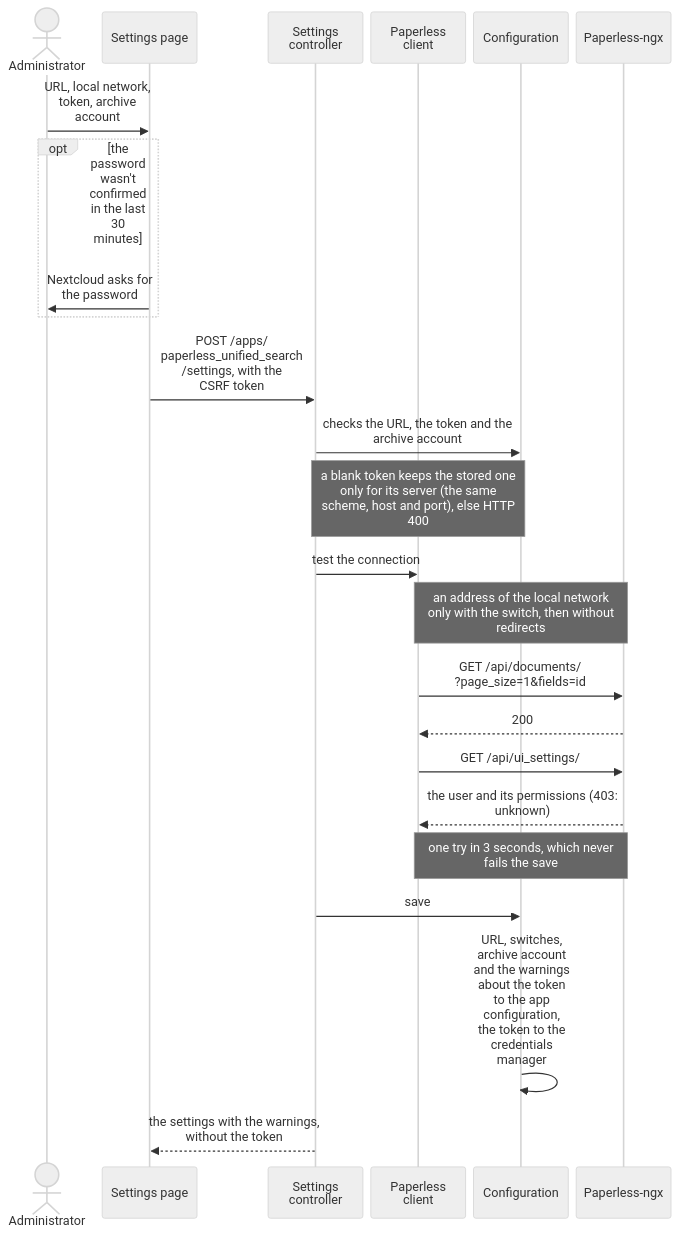
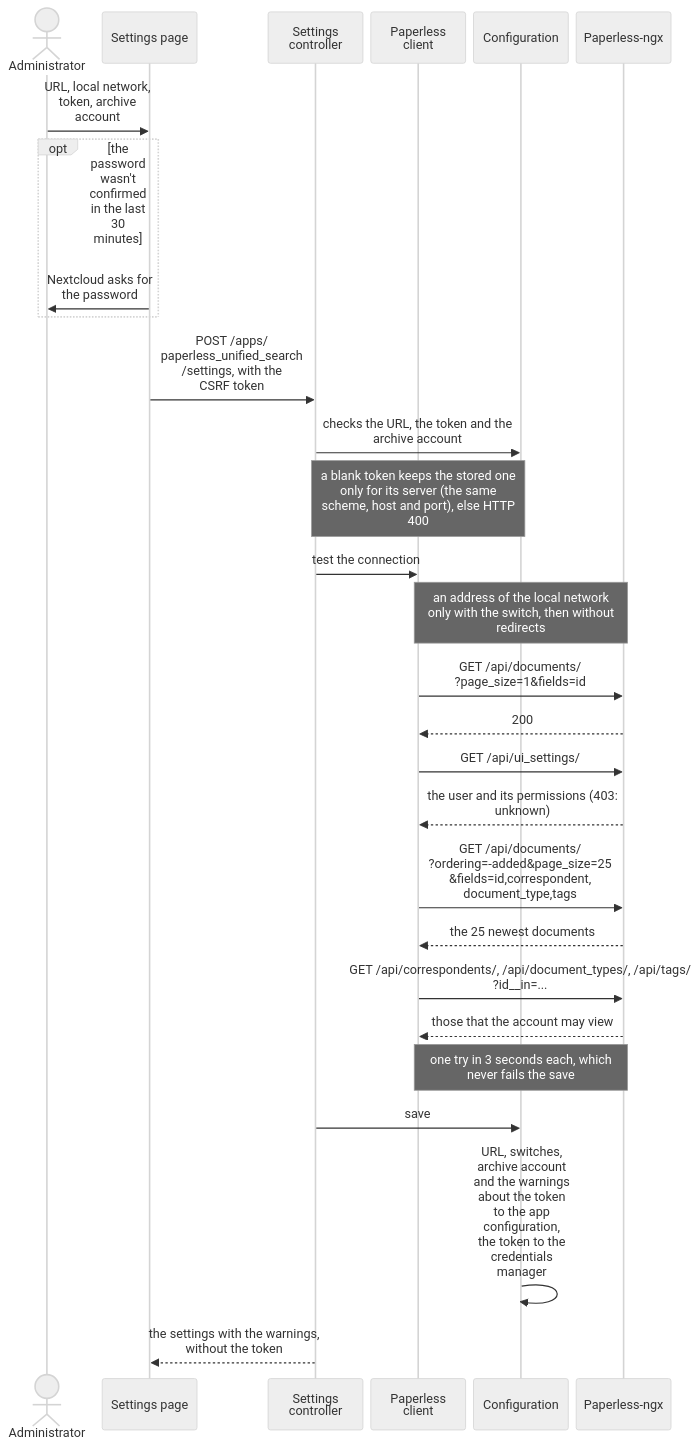
Before and after one commit to Dennis-Otto/paperless-unified-search: the diagram in docs/diagrams/saving-the-settings.mmd, drawn with Mermaid (neutral theme). The commit also changed 41 other files, not shown here.

First line of the commit message:
fix(settings): warn when the search account can't see correspondents or types of another owner (#273)

```diff
--- a/docs/diagrams/saving-the-settings.mmd
+++ b/docs/diagrams/saving-the-settings.mmd
@@ -1,34 +1,38 @@
 ---
 config:
   sequence:
     wrap: true
     width: 120
     actorMargin: 10
 ---
 sequenceDiagram
     accTitle: Saving the settings
-    accDescr: The administrator enters the URL, whether Paperless runs in the local network, the token and the archive account. When the password wasn't confirmed in the last 30 minutes, Nextcloud asks for it first. The settings page sends them with the CSRF token to the settings controller, which checks the URL, the token and the archive account: a blank token keeps the stored one only for its server, the same scheme, host and port, and otherwise the answer is HTTP 400. Then the controller has the Paperless client test the connection with a request to Paperless-ngx, which Nextcloud lets reach an address of the local network only with the switch, and then without redirects. Only when Paperless answers does the client also ask /api/ui_settings/ what the account of the token may do, with one try in 3 seconds that never fails the save; Paperless refuses it with HTTP 403 to an account that may not view its UI settings, which leaves the warnings unknown. Then the configuration saves the URL, the switches, the archive account and the warnings about the token in the app configuration and the token in the credentials manager. The page gets the settings back with the warnings, without the token.
+    accDescr: The administrator enters the URL, whether Paperless runs in the local network, the token and the archive account. When the password wasn't confirmed in the last 30 minutes, Nextcloud asks for it first. The settings page sends them with the CSRF token to the settings controller, which checks the URL, the token and the archive account: a blank token keeps the stored one only for its server, the same scheme, host and port, and otherwise the answer is HTTP 400. Then the controller has the Paperless client test the connection with a request to Paperless-ngx, which Nextcloud lets reach an address of the local network only with the switch, and then without redirects. Only when Paperless answers does the client also ask /api/ui_settings/ what the account of the token may do, with one try in 3 seconds that never fails the save; Paperless refuses it with HTTP 403 to an account that may not view its UI settings, which leaves the warnings unknown. Of an account that isn't a superuser and may view documents, it then asks for the 25 newest documents and for the lists of their correspondents, types and tags, under the same terms, for the warning about those that another user owns. Then the configuration saves the URL, the switches, the archive account and the warnings about the token in the app configuration and the token in the credentials manager. The page gets the settings back with the warnings, without the token.
 
     actor Admin as Administrator
     participant Page as Settings page
     participant Controller as Settings controller
     participant Client as Paperless client
     participant Config as Configuration
     participant Paperless as Paperless-ngx
     Admin->>Page: URL, local network, token, archive account
     opt the password wasn't confirmed in the last 30 minutes
         Page->>Admin: Nextcloud asks for the password
     end
     Page->>Controller: POST /apps/<br>paperless_unified_search<br>/settings, with the<br>CSRF token
     Controller->>Config: checks the URL, the token and the archive account
     Note over Controller,Config: a blank token keeps the stored one only for its server (the same scheme, host and port), else HTTP 400
     Controller->>Client: test the connection
     Note over Client,Paperless: an address of the local network only with the switch, then without redirects
     Client->>Paperless: GET /api/documents/<br>?page_size=1&fields=id
     Paperless-->>Client: 200
     Client->>Paperless: GET /api/ui_settings/
     Paperless-->>Client: the user and its permissions (403: unknown)
-    Note over Client,Paperless: one try in 3 seconds, which never fails the save
+    Client->>Paperless: GET /api/documents/<br>?ordering=-added&page_size=25<br>&fields=id,correspondent,<br>document_type,tags
+    Paperless-->>Client: the 25 newest documents
+    Client->>Paperless: GET /api/correspondents/, /api/document_types/, /api/tags/<br>?id__in=...
+    Paperless-->>Client: those that the account may view
+    Note over Client,Paperless: one try in 3 seconds each, which never fails the save
     Controller->>Config: save
     Config->>Config: URL, switches, archive account and the warnings about the token to the app configuration, the token to the credentials manager
     Controller-->>Page: the settings with the warnings, without the token
```
